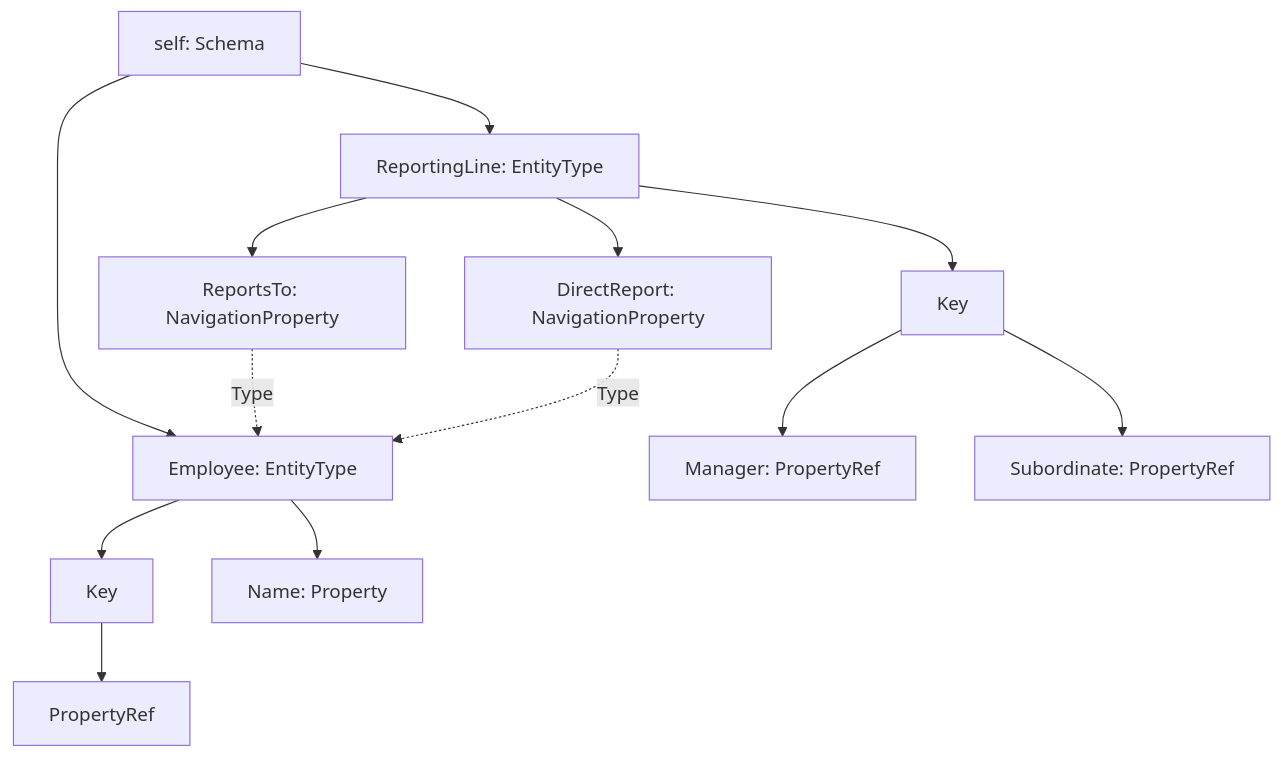
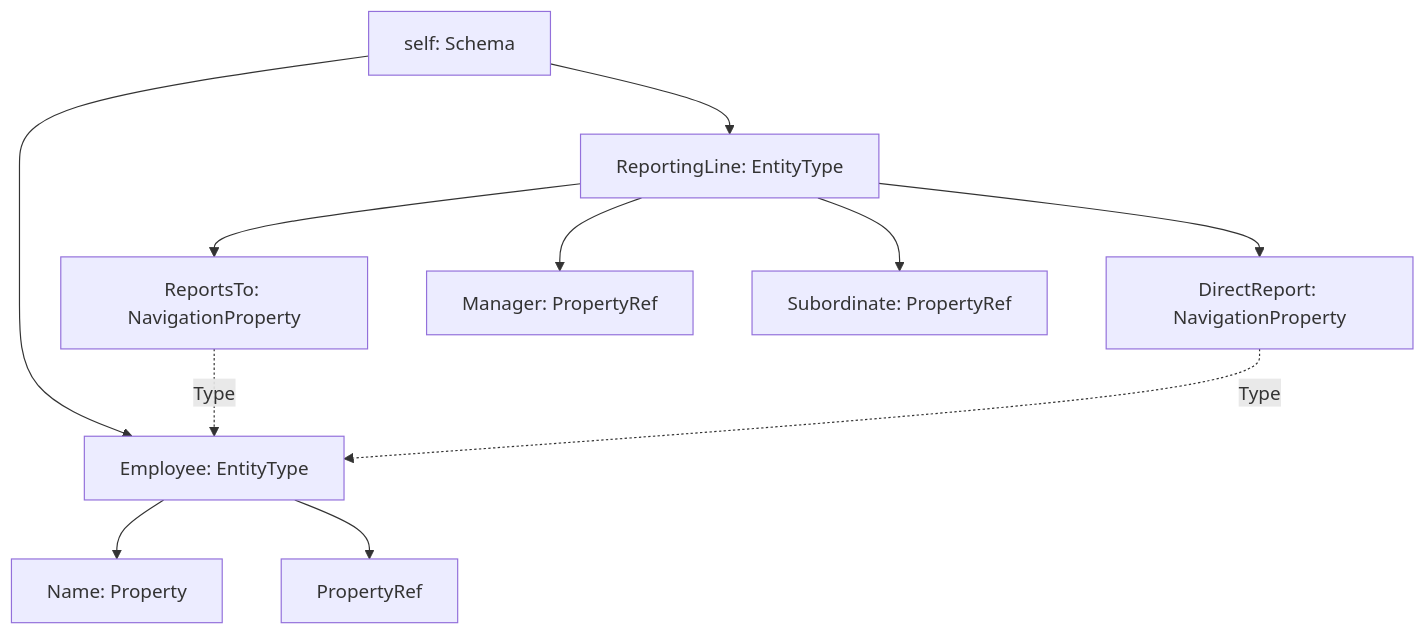
One commit to xtofs/csdl-graph changed the diagram in graf/example.md. Above: the diagram before and after it, drawn with Mermaid. The commit also changed 3 other files, not shown here.

````diff
--- a/graf/example.md
+++ b/graf/example.md
@@ -1,26 +1,22 @@
 ```mermaid
 graph
 n0[self: Schema]
 n1[Employee: EntityType]
-n2[Key]
+n2[Name: Property]
 n3[PropertyRef]
-n4[Name: Property]
-n5[ReportingLine: EntityType]
-n6[Key]
+n4[ReportingLine: EntityType]
+n5[ReportsTo: NavigationProperty]
+n6[DirectReport: NavigationProperty]
 n7[Manager: PropertyRef]
 n8[Subordinate: PropertyRef]
-n9[ReportsTo: NavigationProperty]
-n10[DirectReport: NavigationProperty]
 n0-->n1
 n1-->n2
-n2-->n3
-n1-->n4
-n0-->n5
-n5-->n6
-n6-->n7
-n6-->n8
-n5-->n9
-n5-->n10
-n9-. Type .-> n1
-n10-. Type .-> n1
+n1-->n3
+n0-->n4
+n4-->n5
+n4-->n6
+n4-->n7
+n4-->n8
+n5-. Type .-> n1
+n6-. Type .-> n1
 ```
````
